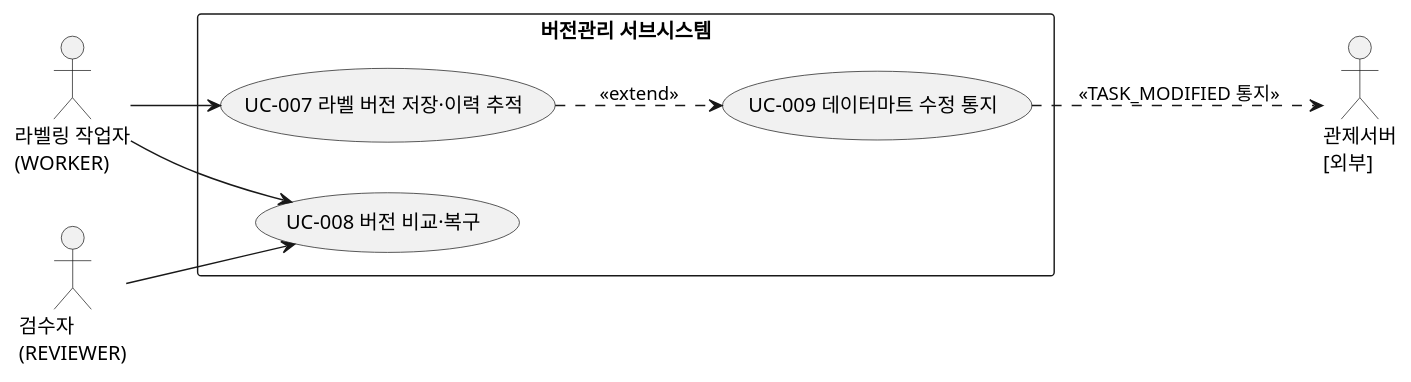
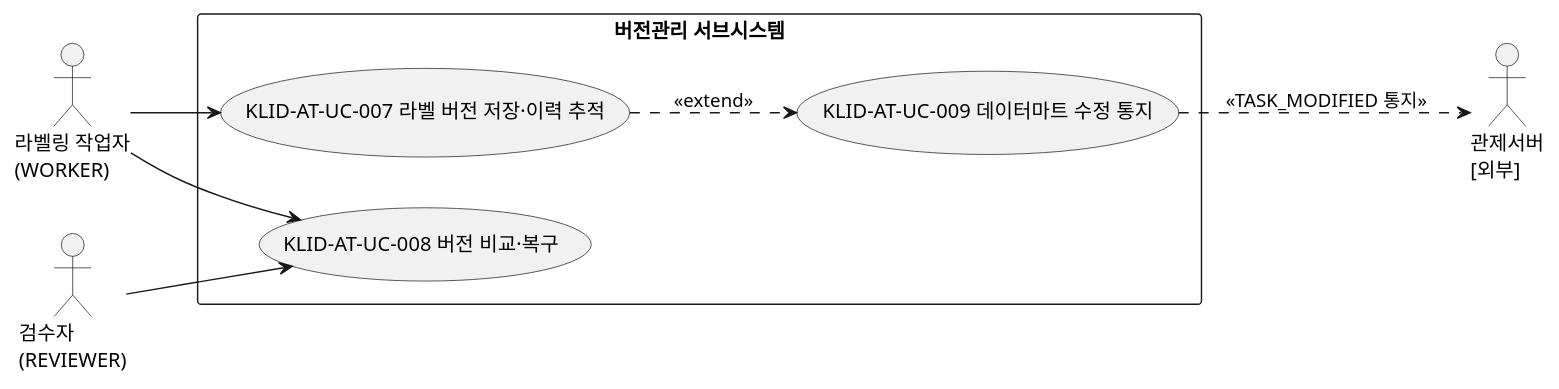
Before and after one commit to New-stella/klid-label: the third of 5 diagrams in docs/design/R2-유스케이스명세서.md, drawn with PlantUML. The commit also changed other lines of this file and 17 other files, not shown here.

````diff
--- a/docs/design/R2-유스케이스명세서.md
+++ b/docs/design/R2-유스케이스명세서.md
@@ -103,20 +103,20 @@
 ```plantuml
 @startuml
 left to right direction
 actor "라벨링 작업자\n(WORKER)" as WORKER
 actor "검수자\n(REVIEWER)" as REVIEWER
 actor "관제서버\n[외부]" as CONTROL
 
 rectangle "버전관리 서브시스템" {
-  usecase "UC-007 라벨 버전 저장·이력 추적" as UC007
-  usecase "UC-008 버전 비교·복구" as UC008
-  usecase "UC-009 데이터마트 수정 통지" as UC009
+  usecase "KLID-AT-UC-007 라벨 버전 저장·이력 추적" as UC007
+  usecase "KLID-AT-UC-008 버전 비교·복구" as UC008
+  usecase "KLID-AT-UC-009 데이터마트 수정 통지" as UC009
 }
 
 WORKER --> UC007
 REVIEWER --> UC008
 WORKER --> UC008
 UC009 ..> CONTROL : <<TASK_MODIFIED 통지>>
 UC007 ..> UC009 : <<extend>>
 @enduml
 ```
````
